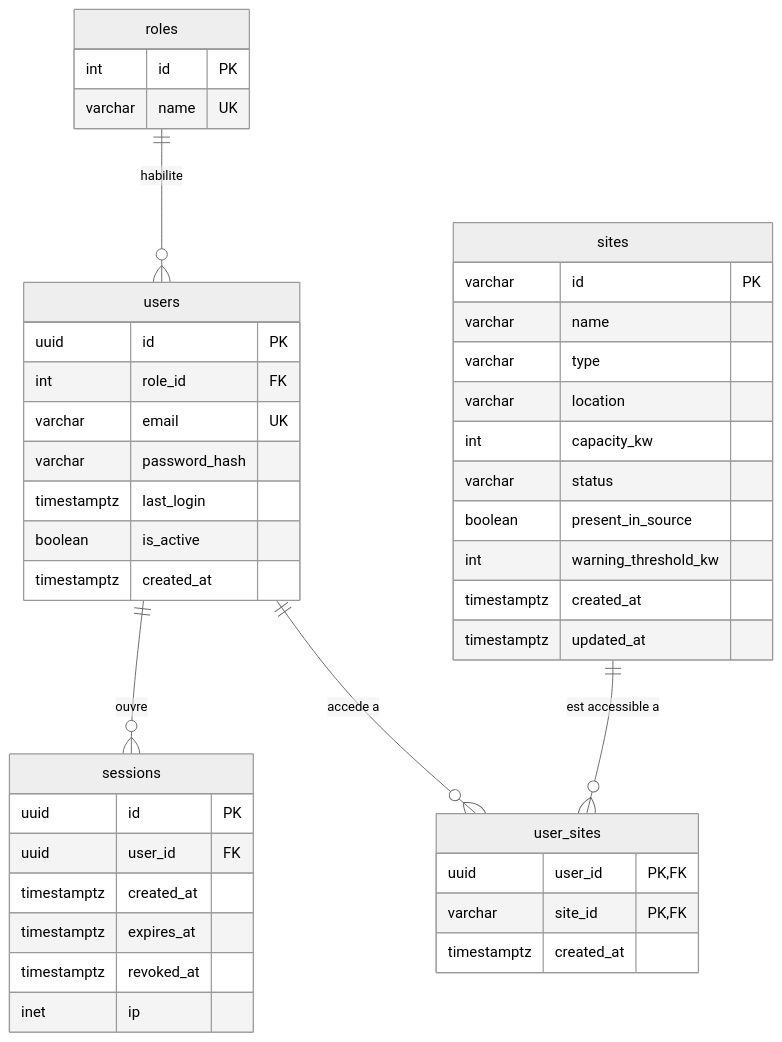
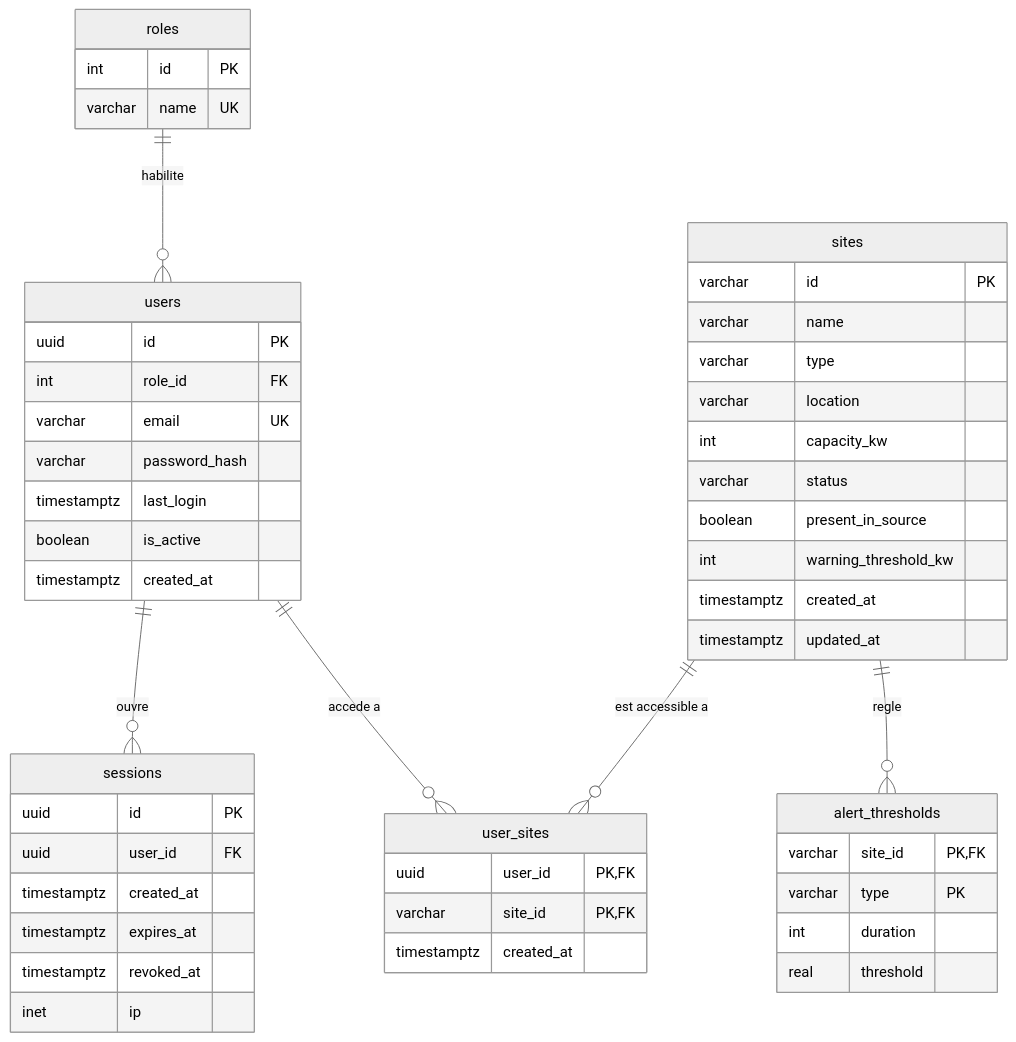
Before and after one commit to AlexRovere/smart-energy-optimizer: the diagram in docs/data.md, drawn with Mermaid (neutral theme). The commit also changed other lines of this file and 8 other files, not shown here.

First line of the commit message:
feat(data): ajouter la table alert_thresholds, seuils d'alerte par site

````diff
--- a/docs/data.md
+++ b/docs/data.md
@@ -334,46 +349,53 @@
 ```mermaid
 erDiagram
     roles ||--o{ users : "habilite"
     users ||--o{ sessions : "ouvre"
     users ||--o{ user_sites : "accede a"
     sites ||--o{ user_sites : "est accessible a"
+    sites ||--o{ alert_thresholds : "regle"
 
     roles {
         int id PK
         varchar name UK
     }
     users {
         uuid id PK
         int role_id FK
         varchar email UK
         varchar password_hash
         timestamptz last_login
         boolean is_active
         timestamptz created_at
     }
     sessions {
         uuid id PK
         uuid user_id FK
         timestamptz created_at
         timestamptz expires_at
         timestamptz revoked_at
         inet ip
     }
     sites {
         varchar id PK
         varchar name
         varchar type
         varchar location
         int capacity_kw
         varchar status
         boolean present_in_source
         int warning_threshold_kw
         timestamptz created_at
         timestamptz updated_at
     }
     user_sites {
         uuid user_id PK,FK
         varchar site_id PK,FK
         timestamptz created_at
     }
+    alert_thresholds {
+        varchar site_id PK,FK
+        varchar type PK
+        int duration
+        real threshold
+    }
 ```
````
